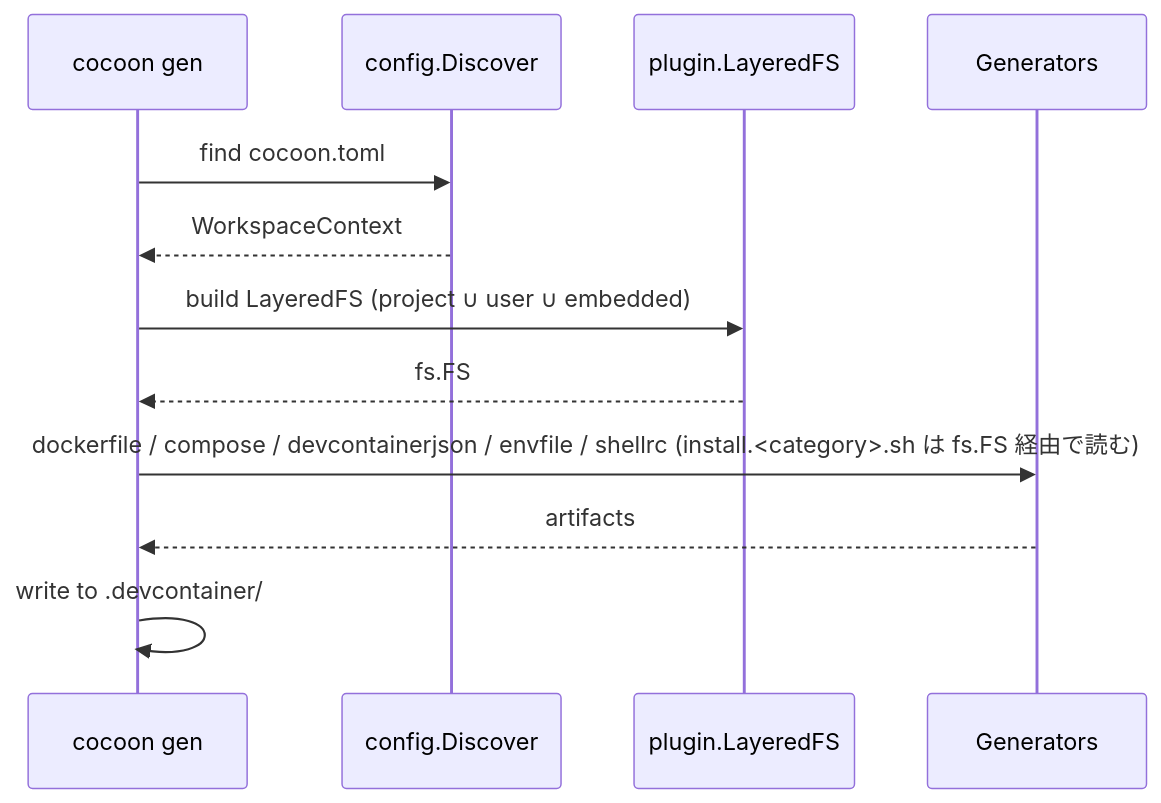
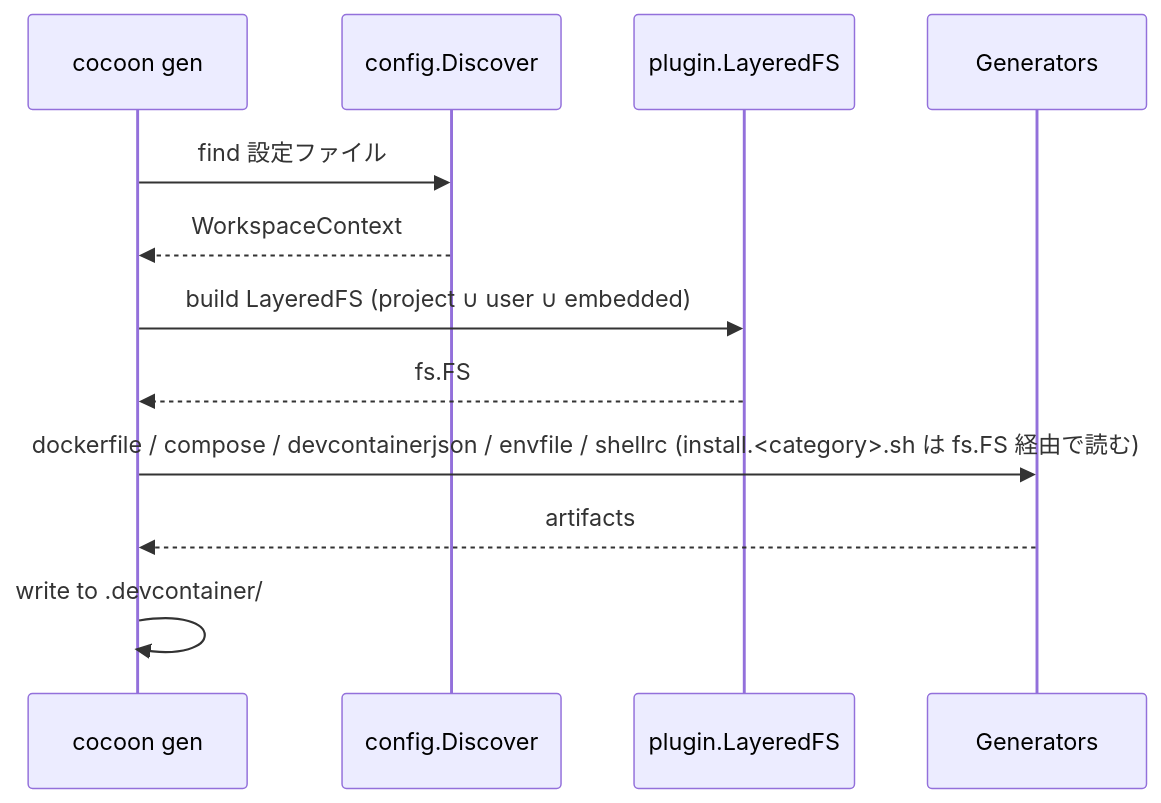
The third of 3 diagrams in docs/architecture.ja.md (sukekyo26/cocoon), drawn with Mermaid before and after one commit. The commit also changed other lines of this file and 11 other files, not shown here.

````diff
--- a/docs/architecture.ja.md
+++ b/docs/architecture.ja.md
@@ -65,14 +65,14 @@
 ```mermaid
 sequenceDiagram
     participant cli as cocoon gen
     participant cfg as config.Discover
     participant fs as plugin.LayeredFS
     participant gen as Generators
-    cli->>cfg: find cocoon.toml
+    cli->>cfg: find 設定ファイル
     cfg-->>cli: WorkspaceContext
     cli->>fs: build LayeredFS (project ∪ user ∪ embedded)
     fs-->>cli: fs.FS
     cli->>gen: dockerfile / compose / devcontainerjson / envfile / shellrc (install.<category>.sh は fs.FS 経由で読む)
     gen-->>cli: artifacts
     cli->>cli: write to .devcontainer/
 ```
````
